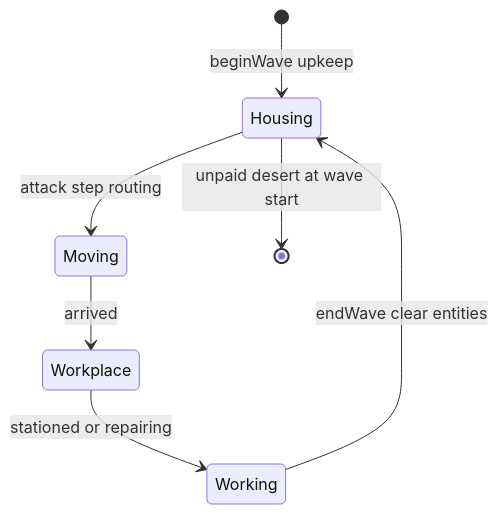
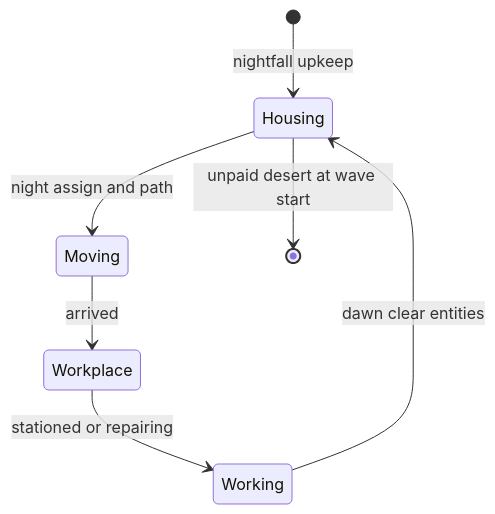
The diagram in docs/INFRASTRUCTURE.md (katerberg/wizard-tower-builder), drawn with Mermaid before and after one commit. The commit also changed other lines of this file and 3 other files, not shown here.

First line of the commit message:
Docs: staff move on day and night, not attack-only.

````diff
--- a/docs/INFRASTRUCTURE.md
+++ b/docs/INFRASTRUCTURE.md
@@ -180,9 +180,9 @@
 ```mermaid
 stateDiagram-v2
-  [*] --> Housing: beginWave upkeep
-  Housing --> Moving: attack step routing
+  [*] --> Housing: nightfall upkeep
+  Housing --> Moving: night assign and path
   Moving --> Workplace: arrived
   Workplace --> Working: stationed or repairing
-  Working --> Housing: endWave clear entities
+  Working --> Housing: dawn clear entities
   Housing --> [*]: unpaid desert at wave start
 ```
````
